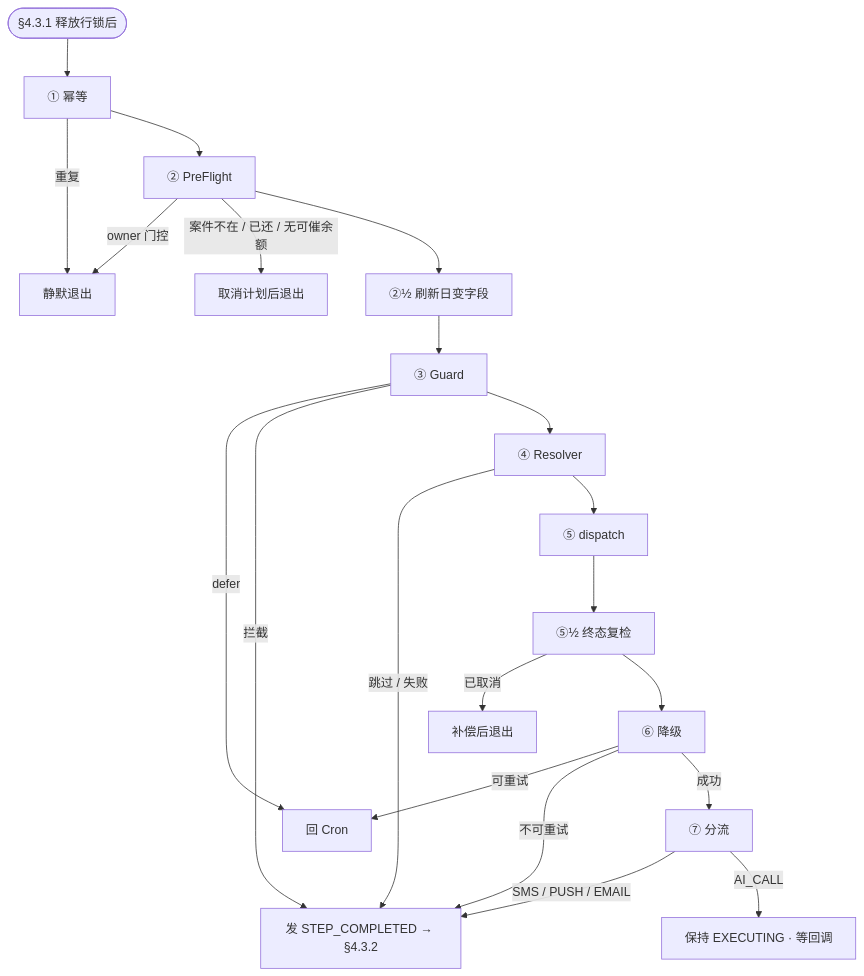
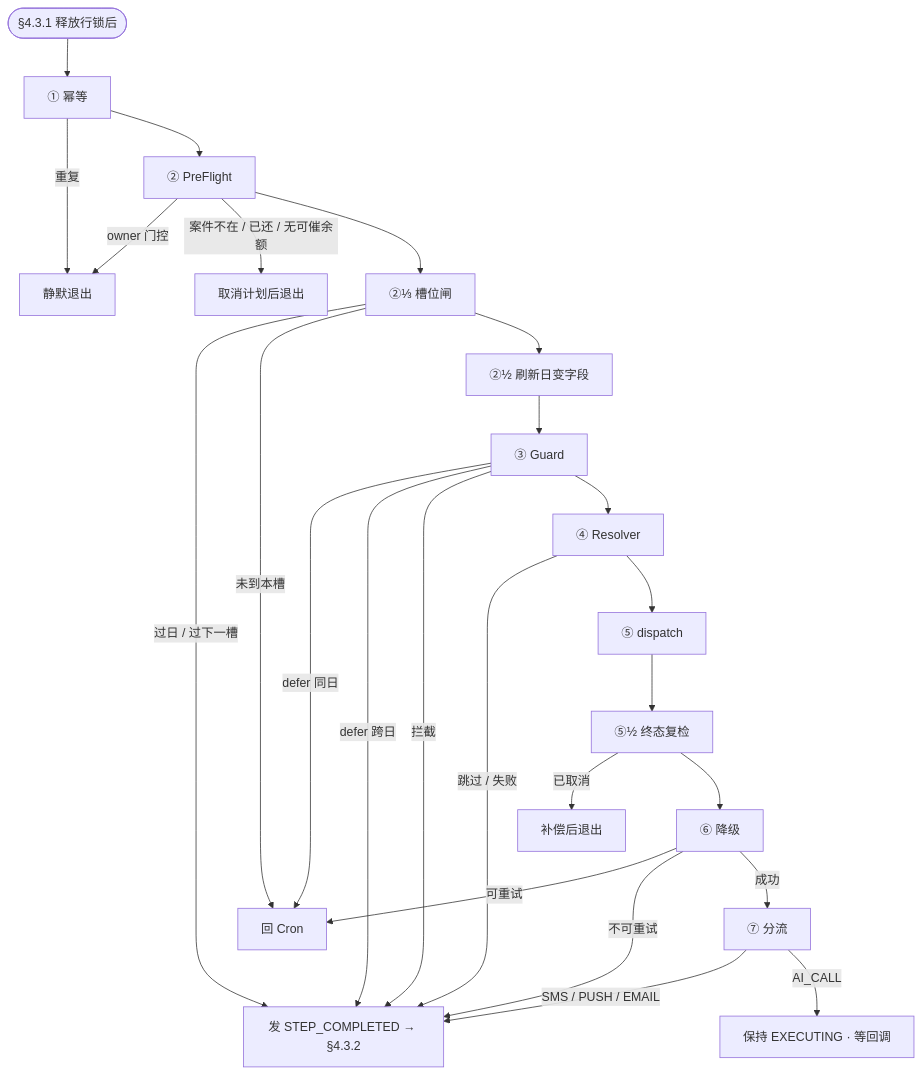
Before and after one commit to katherineliu2102/Intelligent-Collection-V1: the fifth of 6 diagrams in docs/MOCASA催收系统升级_Phase1_核心引擎规格.md, drawn with Mermaid. The commit also changed other lines of this file and 17 other files, not shown here.

````diff
--- a/docs/MOCASA催收系统升级_Phase1_核心引擎规格.md
+++ b/docs/MOCASA催收系统升级_Phase1_核心引擎规格.md
@@ -698,23 +701,27 @@
 ```mermaid
 flowchart TD
     entry(["§4.3.1 释放行锁后"]) --> s1["① 幂等"]
     s1 -->|重复| silent["静默退出"]
     s1 --> s2["② PreFlight"]
     s2 -->|owner 门控| silent
     s2 -->|案件不在 / 已还 / 无可催余额| cancel["取消计划后退出"]
-    s2 --> s25["②½ 刷新日变字段"]
+    s2 --> slot["②⅓ 槽位闸"]
+    slot -->|过日 / 过下一槽| done["发 STEP_COMPLETED → §4.3.2"]
+    slot -->|未到本槽| cron["回 Cron"]
+    slot --> s25["②½ 刷新日变字段"]
     s25 --> s3["③ Guard"]
-    s3 -->|defer| cron["回 Cron"]
-    s3 -->|拦截| done["发 STEP_COMPLETED → §4.3.2"]
+    s3 -->|defer 同日| cron
+    s3 -->|defer 跨日| done
+    s3 -->|拦截| done
     s3 --> s4["④ Resolver"]
     s4 -->|跳过 / 失败| done
     s4 --> s5["⑤ dispatch"]
     s5 --> s55["⑤½ 终态复检"]
     s55 -->|已取消| compensate["补偿后退出"]
     s55 --> s6["⑥ 降级"]
     s6 -->|可重试| cron
     s6 -->|不可重试| done
     s6 -->|成功| s7["⑦ 分流"]
     s7 -->|SMS / PUSH / EMAIL| done
     s7 -->|AI_CALL| async["保持 EXECUTING · 等回调"]
 ```
````
